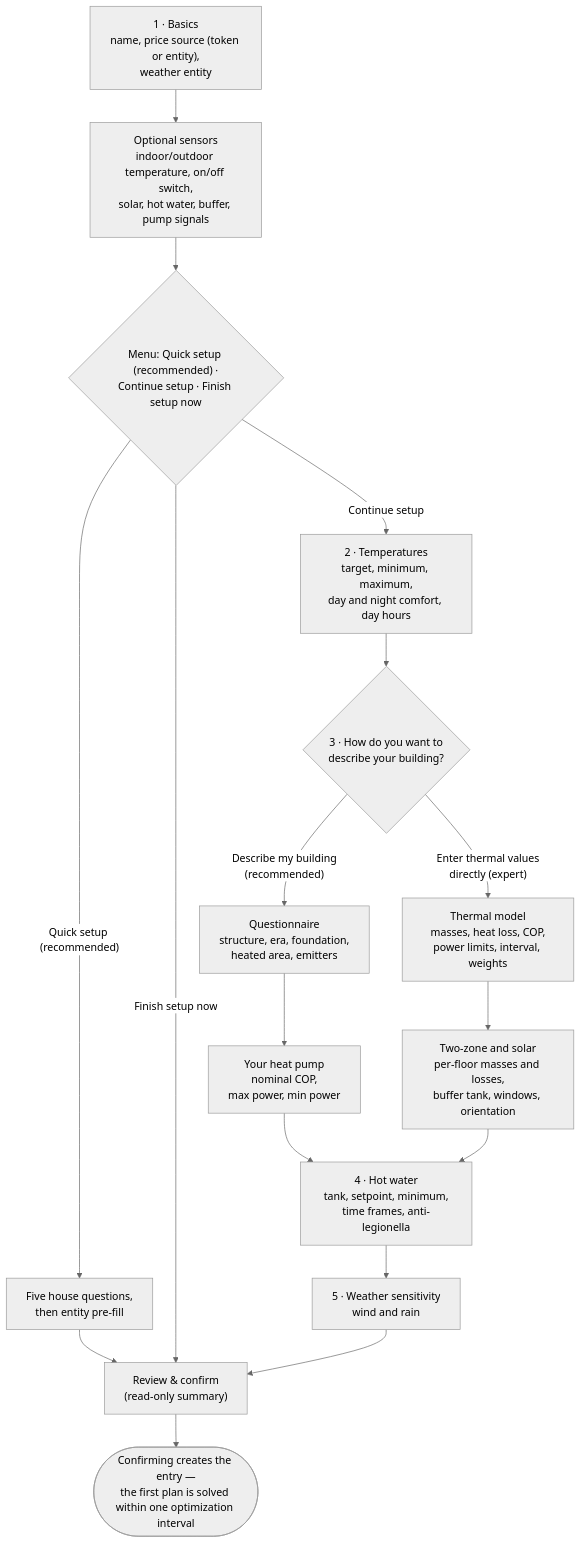
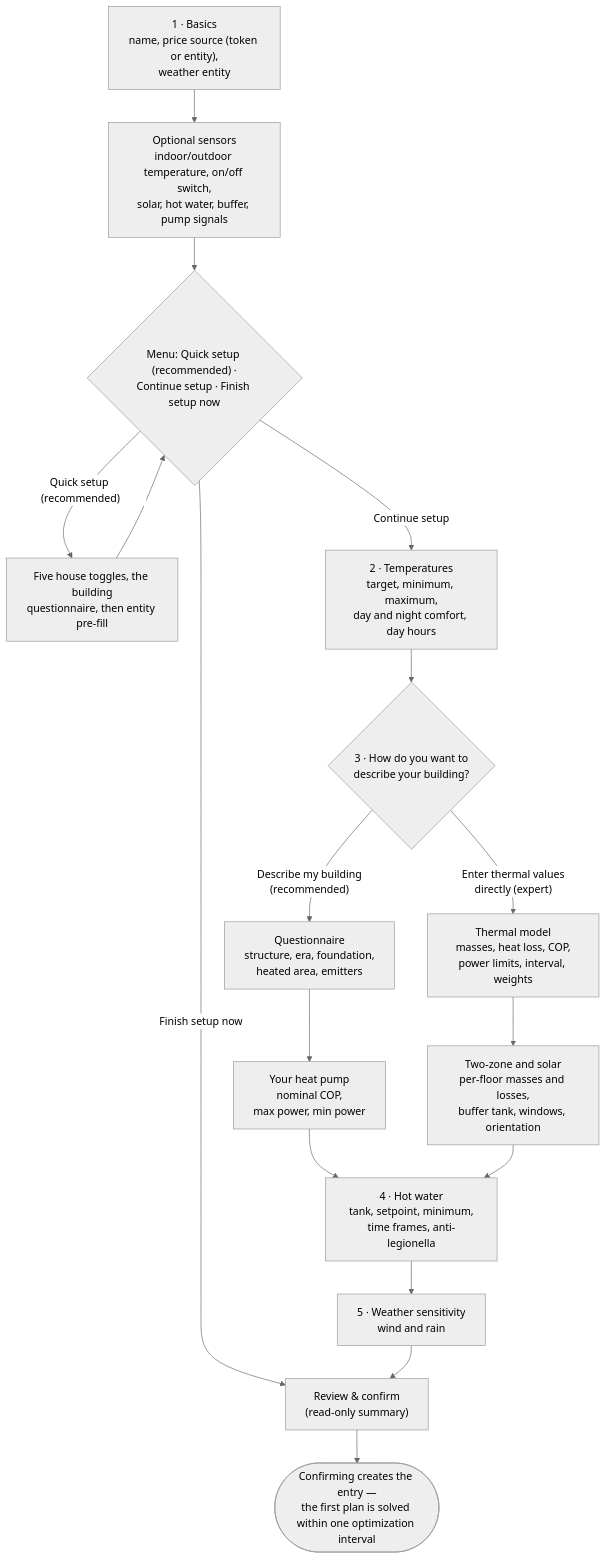
The first of 2 diagrams in docs/configuration.md (tvofi/heatpump_optimizer), drawn with Mermaid (neutral theme) before and after one commit. The commit also changed other lines of this file and 1 other file, not shown here.

First line of the commit message:
docs: fix quick_setup's return edge and the token row per review

````diff
--- a/docs/configuration.md
+++ b/docs/configuration.md
@@ -29,19 +29,19 @@
 ```mermaid
 flowchart TD
     A["1 · Basics<br/>name, price source (token or entity),<br/>weather entity"] --> B["Optional sensors<br/>indoor/outdoor temperature, on/off switch,<br/>solar, hot water, buffer, pump signals"]
     B --> M{"Menu: Quick setup (recommended) ·<br/>Continue setup · Finish setup now"}
-    M -- "Quick setup (recommended)" --> Q["Five house questions,<br/>then entity pre-fill"]
-    Q --> R
+    M -- "Quick setup (recommended)" --> Q["Five house toggles, the building<br/>questionnaire, then entity pre-fill"]
+    Q --> M
     M -- "Finish setup now" --> R["Review &amp; confirm<br/>(read-only summary)"]
     M -- "Continue setup" --> C2["2 · Temperatures<br/>target, minimum, maximum,<br/>day and night comfort, day hours"]
     C2 --> C{"3 · How do you want to<br/>describe your building?"}
     C -- "Describe my building<br/>(recommended)" --> D["Questionnaire<br/>structure, era, foundation,<br/>heated area, emitters"]
     D --> E["Your heat pump<br/>nominal COP,<br/>max power, min power"]
     C -- "Enter thermal values<br/>directly (expert)" --> F["Thermal model<br/>masses, heat loss, COP,<br/>power limits, interval, weights"]
     F --> G["Two-zone and solar<br/>per-floor masses and losses,<br/>buffer tank, windows, orientation"]
     E --> H["4 · Hot water<br/>tank, setpoint, minimum,<br/>time frames, anti-legionella"]
     G --> H
     H --> I["5 · Weather sensitivity<br/>wind and rain"]
     I --> R
     R --> J(["Confirming creates the entry —<br/>the first plan is solved within one optimization interval"])
 ```
````
